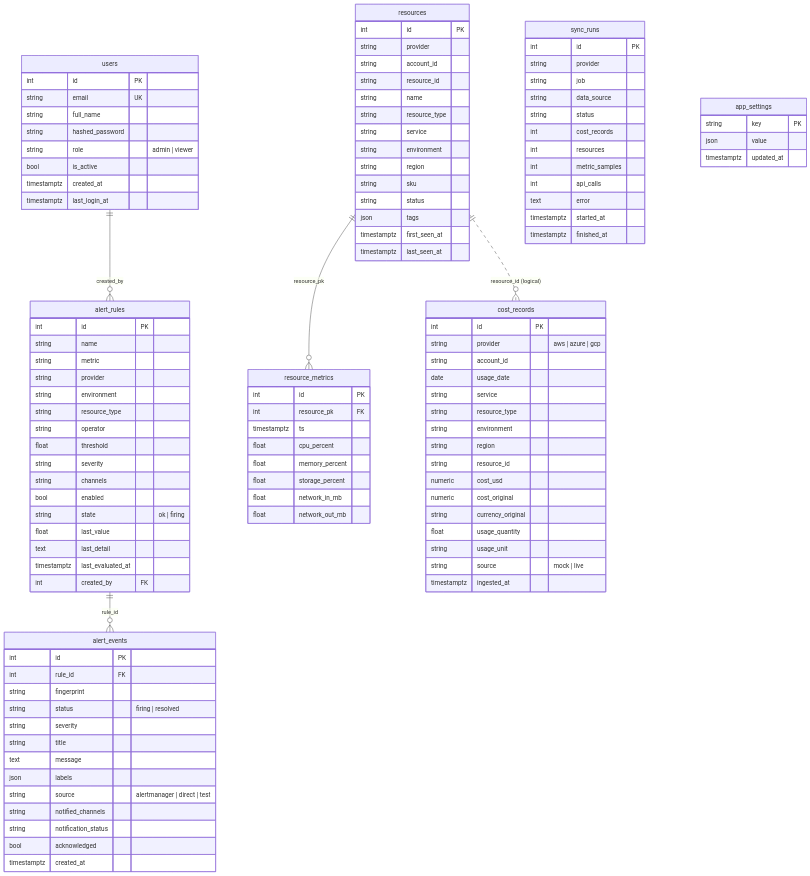
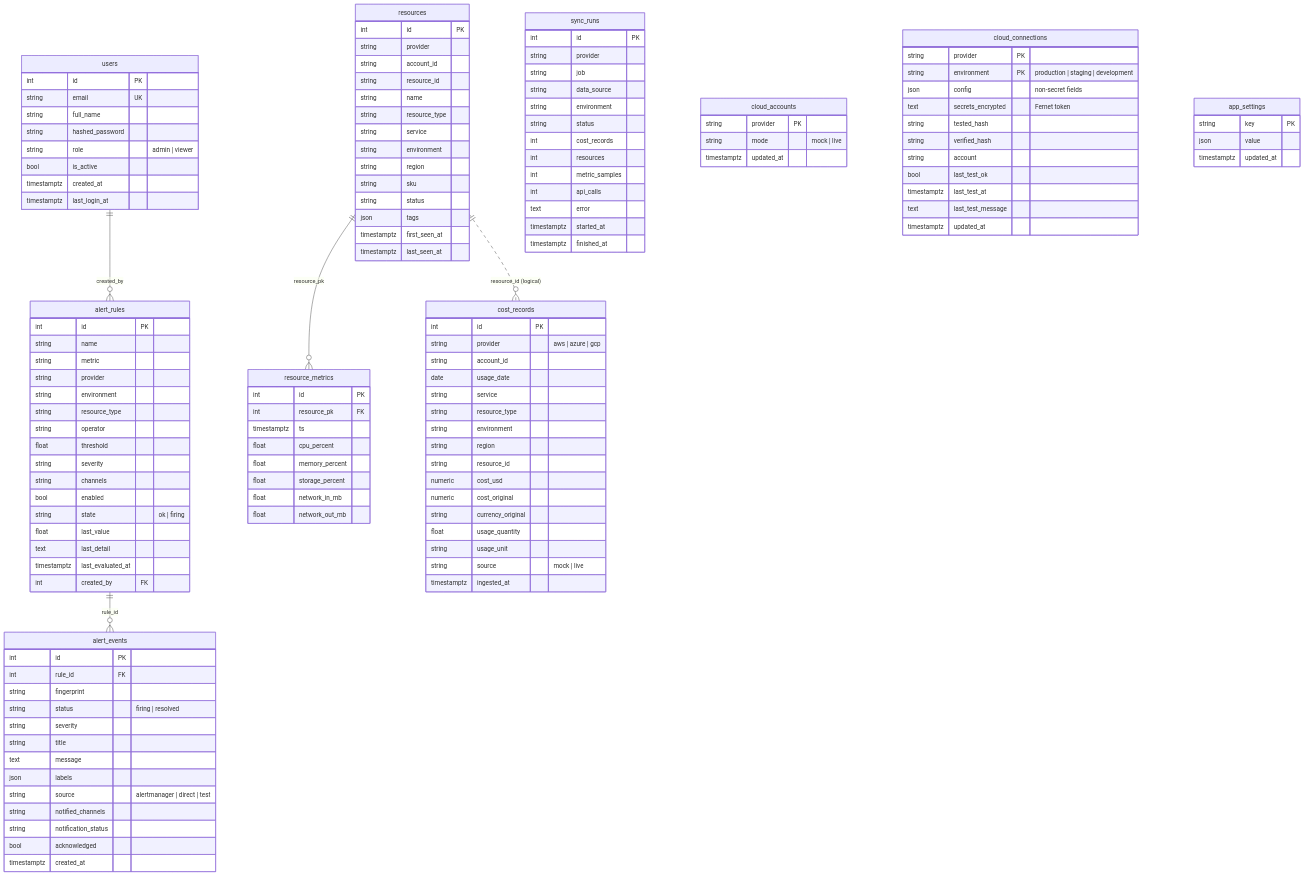
One commit to sripati/CloudLens changed the diagram in docs/database.md. Above: the diagram before and after it, drawn with Mermaid. The commit also changed 127 other files, not shown here.

```diff
--- a/docs/database.md
+++ b/docs/database.md
@@ -104,6 +104,7 @@
         string provider
         string job
         string data_source
+        string environment
         string status
         int cost_records
         int resources
@@ -113,6 +114,24 @@
         timestamptz started_at
         timestamptz finished_at
     }
+    cloud_accounts {
+        string provider PK
+        string mode "mock | live"
+        timestamptz updated_at
+    }
+    cloud_connections {
+        string provider PK
+        string environment PK "production | staging | development"
+        json config "non-secret fields"
+        text secrets_encrypted "Fernet token"
+        string tested_hash
+        string verified_hash
+        string account
+        bool last_test_ok
+        timestamptz last_test_at
+        text last_test_message
+        timestamptz updated_at
+    }
     app_settings {
         string key PK
         json value
```
